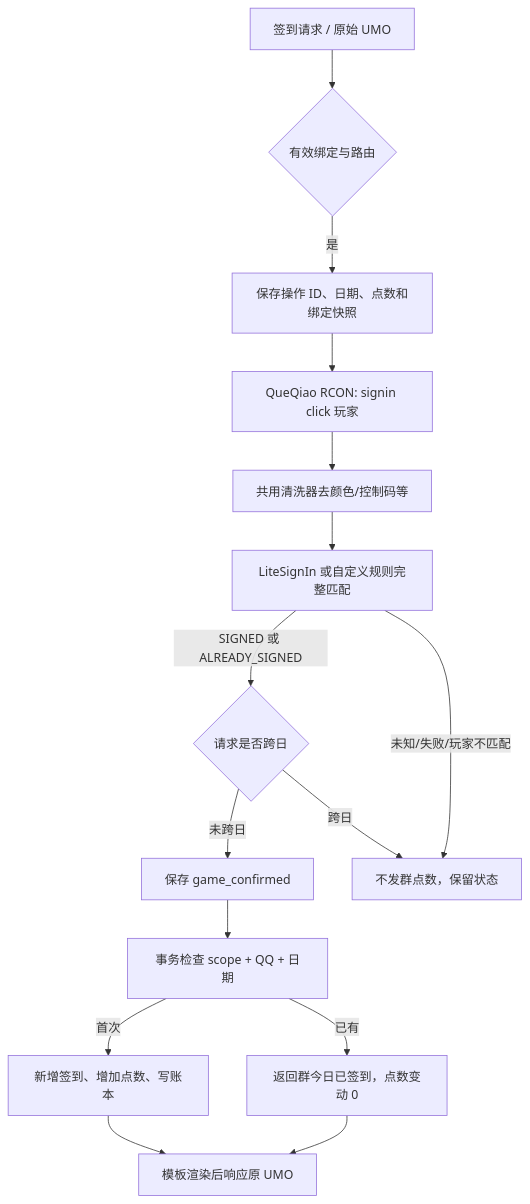
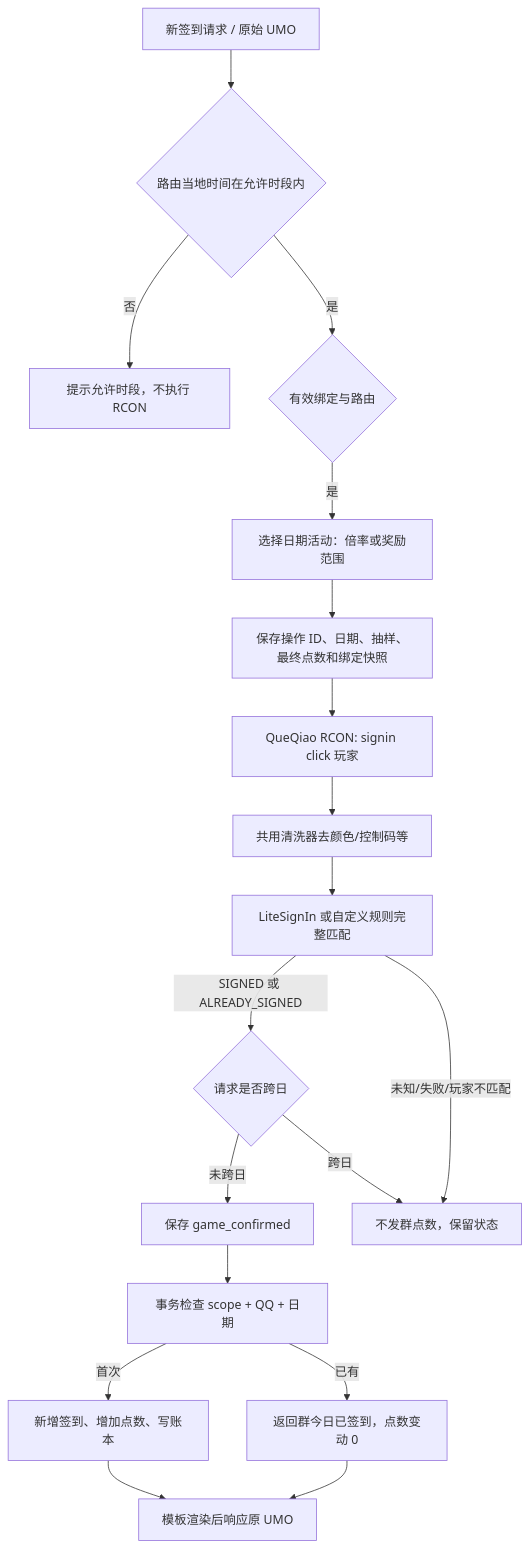
The first of 2 diagrams in docs/BUSINESS.md (Junnstoy/astrbot_plugin_yuma_mcqq), drawn with Mermaid before and after one commit. The commit also changed other lines of this file and 37 other files, not shown here.

````diff
--- a/docs/BUSINESS.md
+++ b/docs/BUSINESS.md
@@ -27,17 +27,20 @@
 ```mermaid
 flowchart TD
-  A[签到请求 / 原始 UMO] --> B{有效绑定与路由}
-  B -->|是| C[保存操作 ID、日期、点数和绑定快照]
+  A[新签到请求 / 原始 UMO] --> W{路由当地时间在允许时段内}
+  W -->|否| N[提示允许时段，不执行 RCON]
+  W -->|是| B{有效绑定与路由}
+  B -->|是| R[选择日期活动：倍率或奖励范围]
+  R --> C[保存操作 ID、日期、抽样、最终点数和绑定快照]
   C --> D[QueQiao RCON: signin click 玩家]
   D --> E[共用清洗器去颜色/控制码等]
   E --> F[LiteSignIn 或自定义规则完整匹配]
   F -->|SIGNED 或 ALREADY_SIGNED| G{请求是否跨日}
   G -->|未跨日| H[保存 game_confirmed]
   H --> I[事务检查 scope + QQ + 日期]
   I -->|首次| J[新增签到、增加点数、写账本]
   I -->|已有| K[返回群今日已签到，点数变动 0]
   F -->|未知/失败/玩家不匹配| L[不发群点数，保留状态]
   G -->|跨日| L
   J --> M[模板渲染后响应原 UMO]
   K --> M
 ```
````
